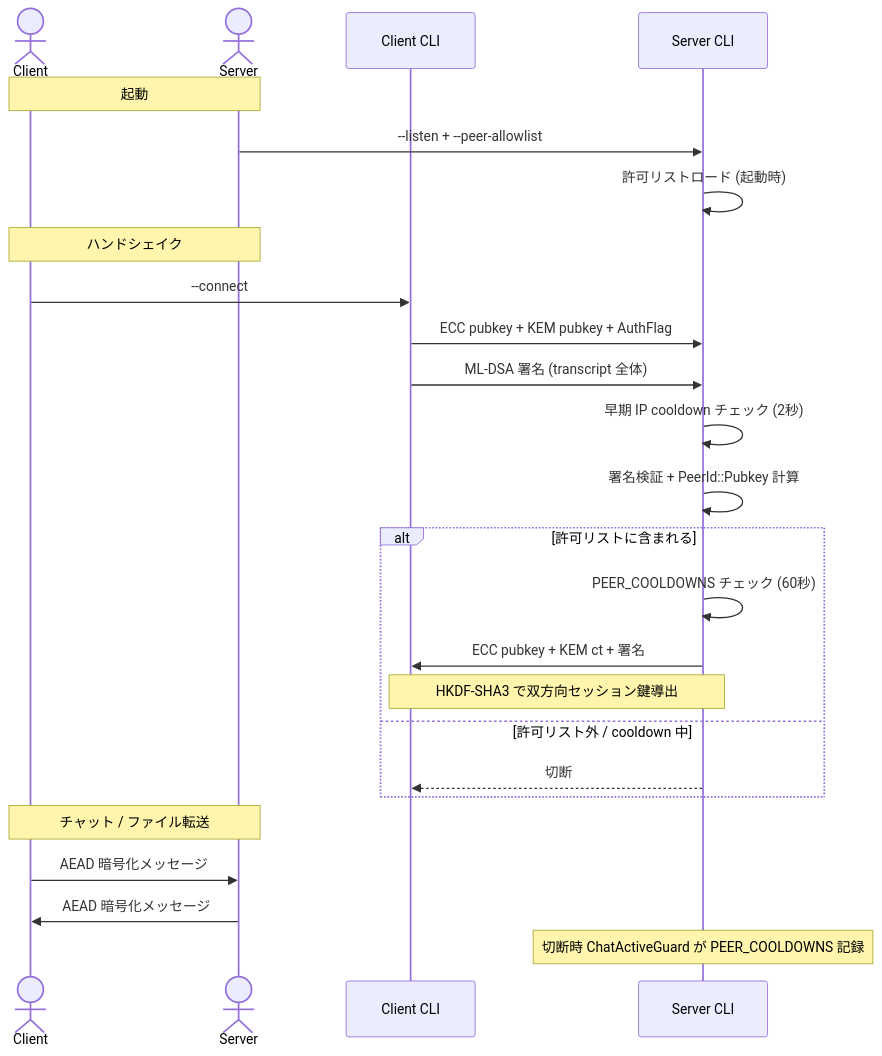
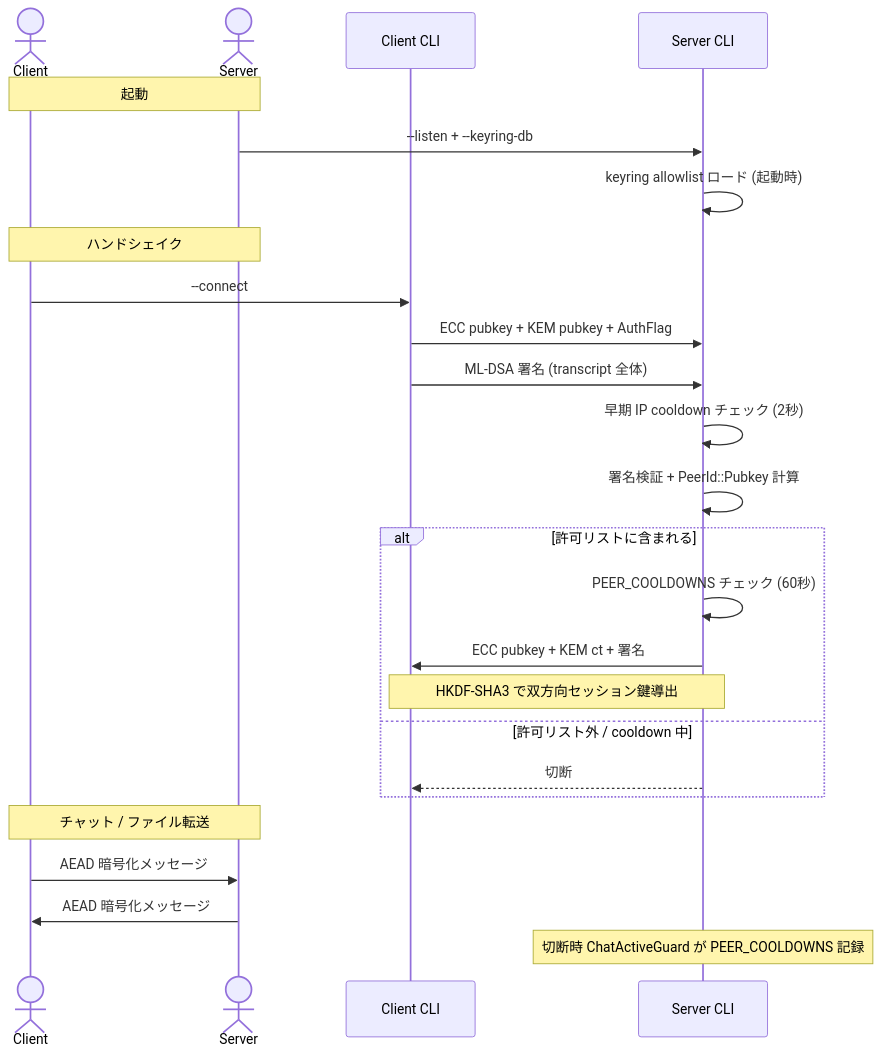
The ninth of 11 diagrams in README.md (nkoriyama/nkCryptoTool-rust), drawn with Mermaid before and after one commit. The commit also changed other lines of this file and 11 other files, not shown here.

First line of the commit message:
feat(keyring)!: remove --peer-allowlist — authorization is keyring-only (stage 3)

````diff
--- a/README.md
+++ b/README.md
@@ -763,31 +764,31 @@
 ```mermaid
 sequenceDiagram
     actor Client
     actor Server
     participant CLI_C as Client CLI
     participant CLI_S as Server CLI
 
     Note over Client, Server: 起動
-    Server->>CLI_S: --listen + --peer-allowlist
-    CLI_S->>CLI_S: 許可リストロード (起動時)
+    Server->>CLI_S: --listen + --keyring-db
+    CLI_S->>CLI_S: keyring allowlist ロード (起動時)
 
     Note over Client, Server: ハンドシェイク
     Client->>CLI_C: --connect
     CLI_C->>CLI_S: ECC pubkey + KEM pubkey + AuthFlag
     CLI_C->>CLI_S: ML-DSA 署名 (transcript 全体)
     CLI_S->>CLI_S: 早期 IP cooldown チェック (2秒)
     CLI_S->>CLI_S: 署名検証 + PeerId::Pubkey 計算
     alt 許可リストに含まれる
         CLI_S->>CLI_S: PEER_COOLDOWNS チェック (60秒)
         CLI_S->>CLI_C: ECC pubkey + KEM ct + 署名
         Note over CLI_C, CLI_S: HKDF-SHA3 で双方向セッション鍵導出
     else 許可リスト外 / cooldown 中
         CLI_S-->>CLI_C: 切断
     end
 
     Note over Client, Server: チャット / ファイル転送
     Client->>Server: AEAD 暗号化メッセージ
     Server->>Client: AEAD 暗号化メッセージ
 
     Note over CLI_S: 切断時 ChatActiveGuard が PEER_COOLDOWNS 記録
 ```
````
